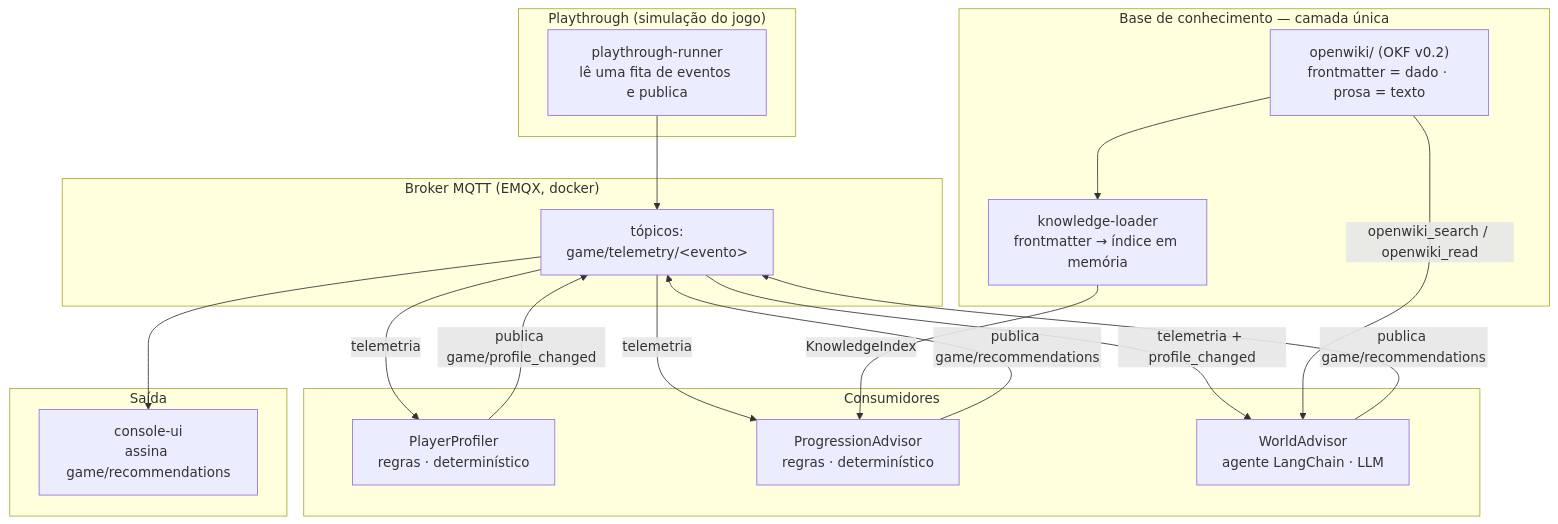
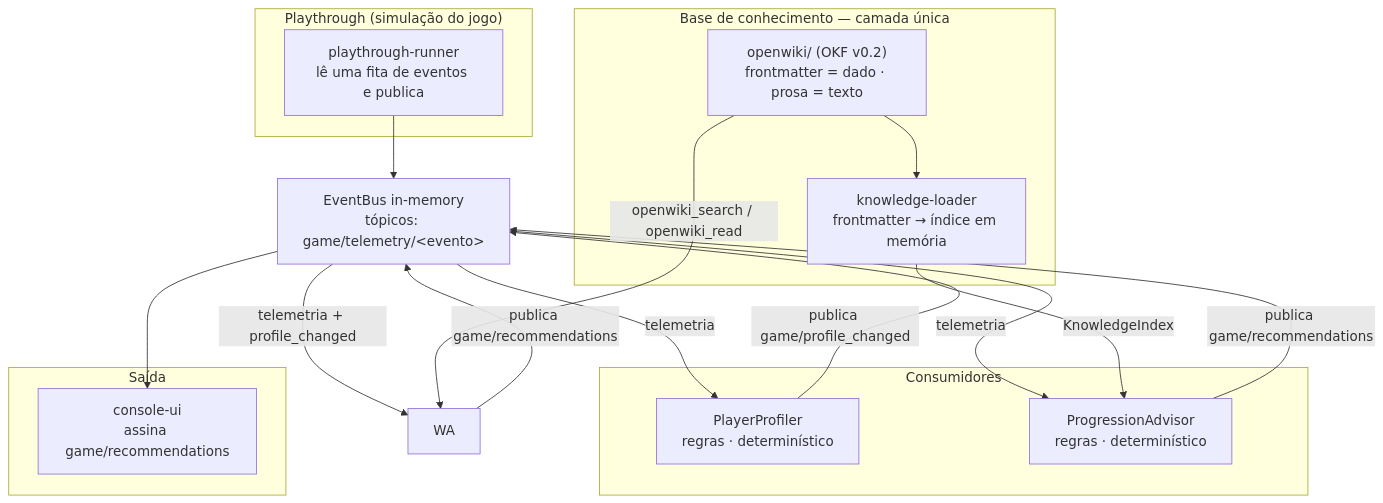
Before and after one commit to thpoiani/dio-spec-driven-development-hands-on: the diagram in ARCHITECTURE.md, drawn with Mermaid. The commit also changed other lines of this file and 3 other files, not shown here.

````diff
--- a/ARCHITECTURE.md
+++ b/ARCHITECTURE.md
@@ -8,37 +8,34 @@
 ```mermaid
 flowchart TD
     subgraph Sim ["Playthrough (simulação do jogo)"]
         PR["playthrough-runner<br/>lê uma fita de eventos e publica"]
     end
 
-    subgraph Broker ["Broker MQTT (EMQX, docker)"]
-        T["tópicos:<br/>game/telemetry/&lt;evento&gt;"]
-    end
+    T["EventBus in-memory<br/>tópicos: game/telemetry/&lt;evento&gt;"]
 
     subgraph Consumers ["Consumidores"]
         PP["PlayerProfiler<br/>regras · determinístico"]
         PA["ProgressionAdvisor<br/>regras · determinístico"]
-        WA["WorldAdvisor<br/>agente LangChain · LLM"]
     end
 
     subgraph KB ["Base de conhecimento — camada única"]
         W["openwiki/ (OKF v0.2)<br/>frontmatter = dado · prosa = texto"]
         L["knowledge-loader<br/>frontmatter → índice em memória"]
     end
 
     subgraph Out ["Saída"]
         UI["console-ui<br/>assina game/recommendations"]
     end
 
     PR --> T
     T -->|telemetria| PP
     T -->|telemetria| PA
     T -->|telemetria + profile_changed| WA
     W --> L
     L -->|KnowledgeIndex| PA
     W -->|openwiki_search / openwiki_read| WA
     PP -->|"publica game/profile_changed"| T
     PA -->|"publica game/recommendations"| T
     WA -->|"publica game/recommendations"| T
     T --> UI
 ```
````
